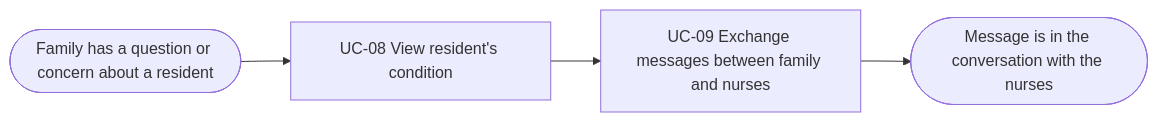
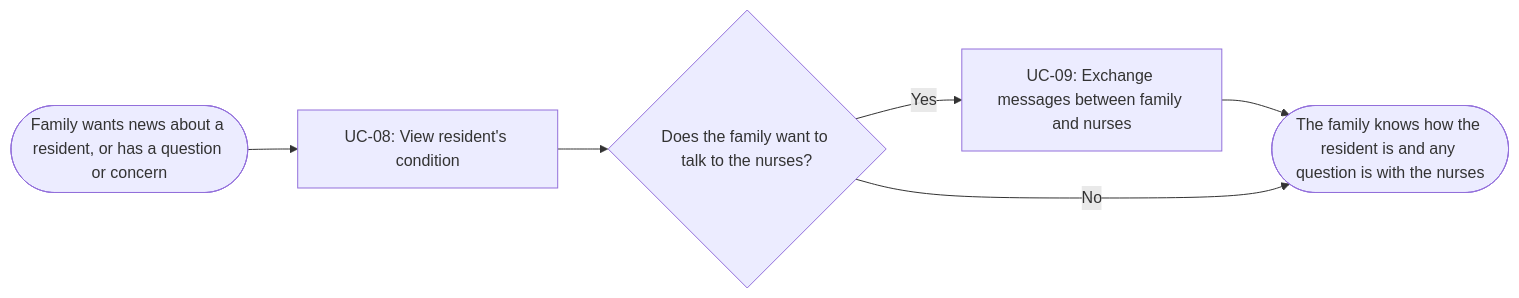
One commit to hatrang191/groupE-nursinghome changed the fourth of 7 diagrams in docs/external-design/usage-flow.md. Above: the diagram before and after it, drawn with Mermaid. The commit also changed other lines of this file, not shown here.

````diff
--- a/docs/external-design/usage-flow.md
+++ b/docs/external-design/usage-flow.md
@@ -110,6 +78,8 @@
 ```mermaid
 flowchart LR
- A(["Family has a question or concern about a resident"]) --> U8["UC-08 View resident's condition"]
- U8 --> U9["UC-09 Exchange messages between family and nurses"]
- U9 --> Z(["Message is in the conversation with the nurses"])
+  A(["Family wants news about a resident, or has a question or concern"]) --> U8["UC-08: View resident's condition"]
+  U8 --> D{"Does the family want to talk to the nurses?"}
+  D -->|"Yes"| U9["UC-09: Exchange messages between family and nurses"]
+  U9 --> Z(["The family knows how the resident is and any question is with the nurses"])
+  D -->|"No"| Z
 ```
````
